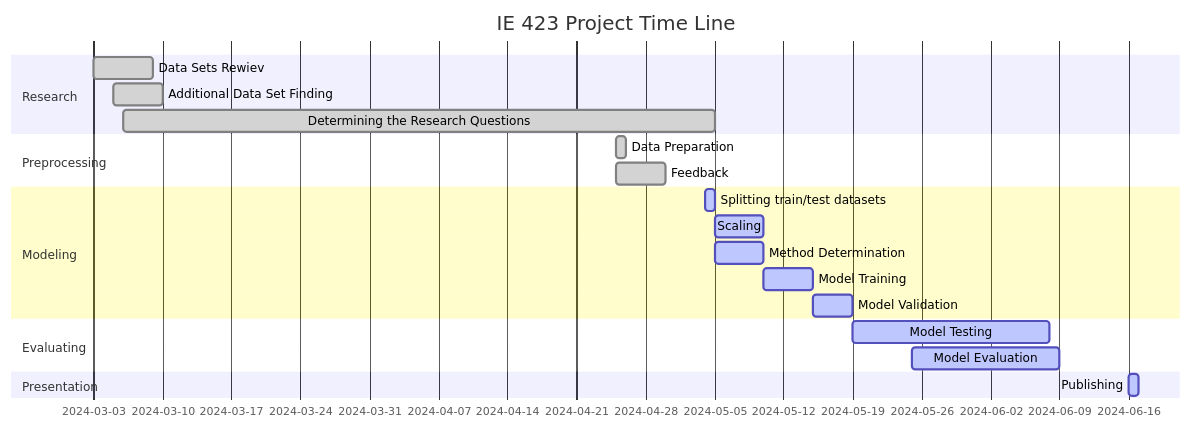
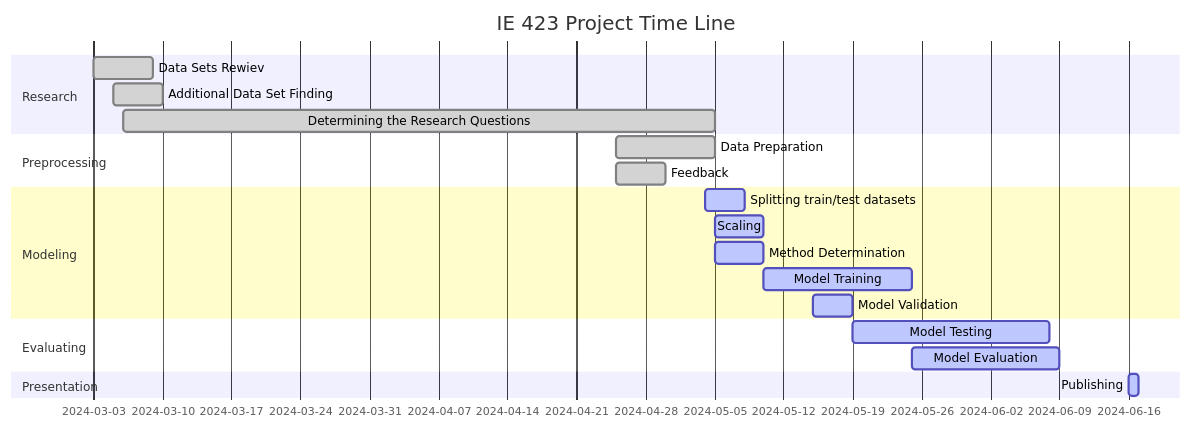
Before and after one commit to BILGI-IE-423/ie423-2024-termproject-neuralnetworkninjas: the diagram in Gantt.md, drawn with Mermaid.

````diff
--- a/Gantt.md
+++ b/Gantt.md
@@ -1,29 +1,29 @@
 ```mermaid
 gantt  
        dateFormat  YYYY-MM-DD
        title IE 423 Project Time Line
 
        section Research
        Data Sets Rewiev                                   :done, des1, 2024-03-03,6d
        Additional Data Set Finding                        :done, des2, 2024-03-05,5d
        Determining the Research Questions                 :done, des3, 2024-03-06,2024-05-05
 
        section Preprocessing
-       Data Preparation                                   :done, des4, 2024-04-25, 1d                             
+       Data Preparation                                   :done, des4, 2024-04-25, 10d                             
        Feedback                                           :done, des5, 2024-04-25, 5d
 
        section Modeling
-       Splitting train/test datasets                      :active, des8, 2024-05-04, 1d
+       Splitting train/test datasets                      :active, des8, 2024-05-04, 4d
        Scaling                                            :active, des9, 2024-05-05, 5d
        Method Determination                               :active, des10, 2024-05-05, 5d
-       Model Training                                     :active, des11, 2024-05-10, 5d
+       Model Training                                     :active, des11, 2024-05-10, 15d
        Model Validation                                   :active, des12, 2024-05-15, 4d
 
        section Evaluating
        Model Testing                                      :active, des13, 2024-05-19,20d
        Model Evaluation                                   :active, des14, 2024-05-25,15d
 
        section Presentation
        Publishing                                         :active, des17, 2024-06-16, 1d
     
 ```
````
